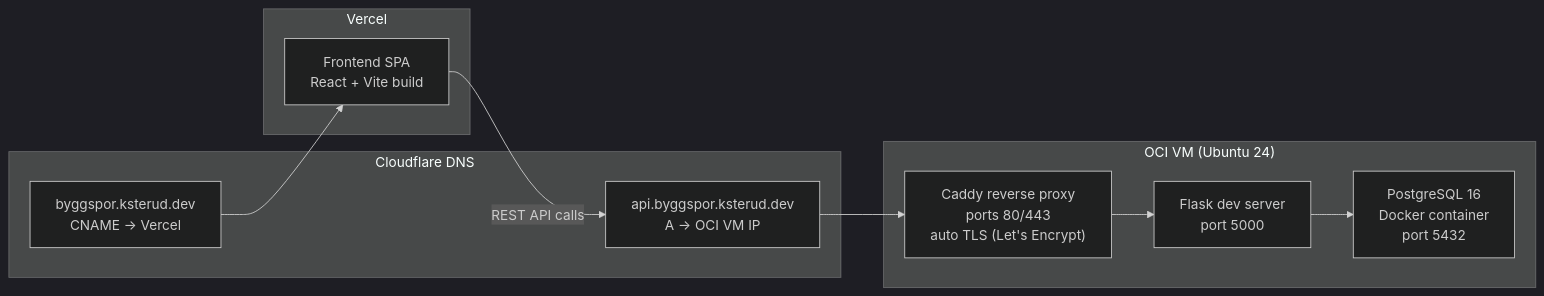
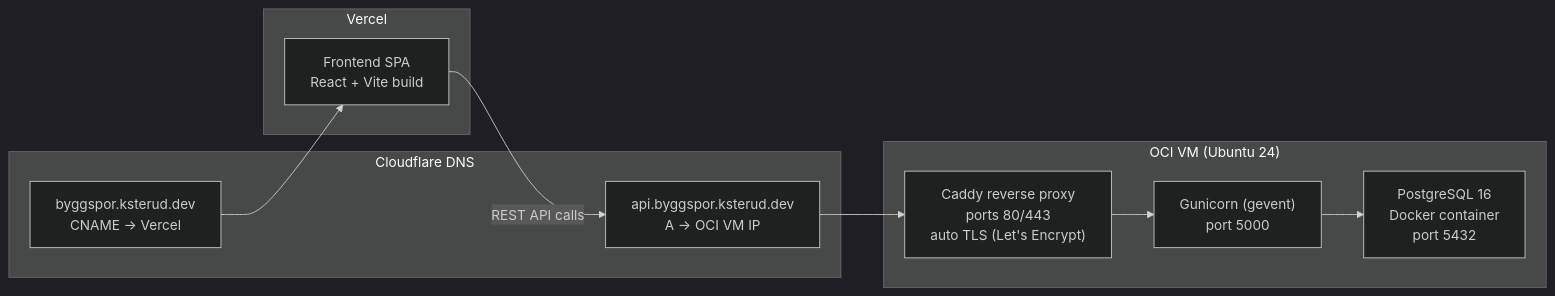
The diagram in docs/deployment.md (asgeirespeland/Byggspor), drawn with Mermaid (dark theme) before and after one commit. The commit also changed other lines of this file and 3 other files, not shown here.

````diff
--- a/docs/deployment.md
+++ b/docs/deployment.md
@@ -17,23 +17,23 @@
 ```mermaid
 graph LR
     subgraph Cloudflare["Cloudflare DNS"]
         CNAME["byggspor.ksterud.dev<br/>CNAME → Vercel"]
         A["api.byggspor.ksterud.dev<br/>A → OCI VM IP"]
     end
 
     subgraph Vercel["Vercel"]
         FE["Frontend SPA<br/>React + Vite build"]
     end
 
     subgraph OCI["OCI VM (Ubuntu 24)"]
         Caddy["Caddy reverse proxy<br/>ports 80/443<br/>auto TLS (Let's Encrypt)"]
-        Flask["Flask dev server<br/>port 5000"]
+        Flask["Gunicorn (gevent)<br/>port 5000"]
         PG["PostgreSQL 16<br/>Docker container<br/>port 5432"]
     end
 
     CNAME --> FE
     A --> Caddy
     Caddy --> Flask
     Flask --> PG
     FE -->|"REST API calls"| A
 ```
````
